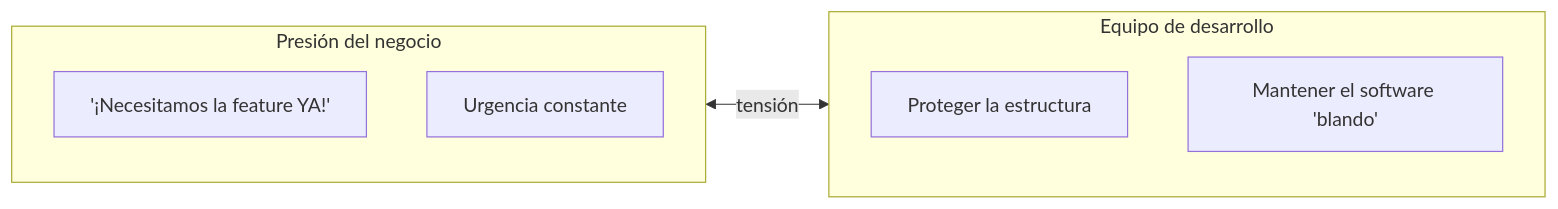
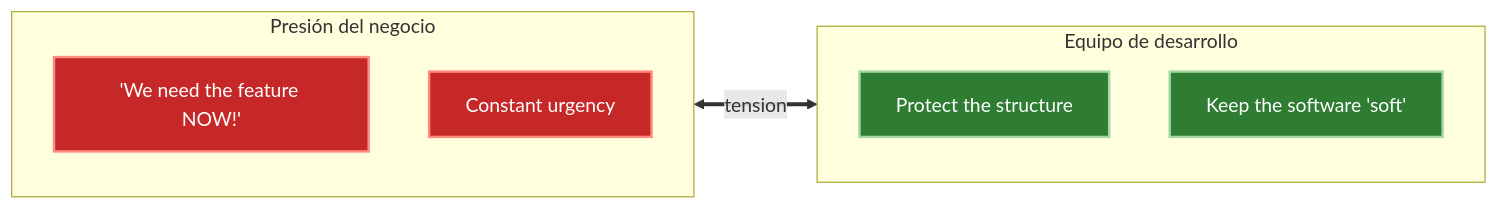
Before and after one commit to JavierMachucaA/clean-architecture-guia: the first of 5 diagrams in 01-introduccion-y-vision-general/05-la-lucha-por-la-arquitectura.md, drawn with Mermaid. The commit also changed other lines of this file and 45 other files, not shown here.

````diff
--- a/01-introduccion-y-vision-general/05-la-lucha-por-la-arquitectura.md
+++ b/01-introduccion-y-vision-general/05-la-lucha-por-la-arquitectura.md
@@ -7,13 +7,18 @@
 ```mermaid
 flowchart LR
     subgraph Negocio["Presión del negocio"]
-        F["'¡Necesitamos la feature YA!'"]
-        U["Urgencia constante"]
+        F["'We need the feature NOW!'"]
+        U["Constant urgency"]
     end
     subgraph Devs["Equipo de desarrollo"]
-        A["Proteger la estructura"]
-        Q["Mantener el software 'blando'"]
+        A["Protect the structure"]
+        Q["Keep the software 'soft'"]
     end
 
-    Negocio <-->|tensión| Devs
+    Negocio <==>|tension| Devs
+
+    style F fill:#c62828,stroke:#ff8a80,color:#fff,stroke-width:2px
+    style U fill:#c62828,stroke:#ff8a80,color:#fff,stroke-width:2px
+    style A fill:#2e7d32,stroke:#a5d6a7,color:#fff,stroke-width:2px
+    style Q fill:#2e7d32,stroke:#a5d6a7,color:#fff,stroke-width:2px
 ```
````
